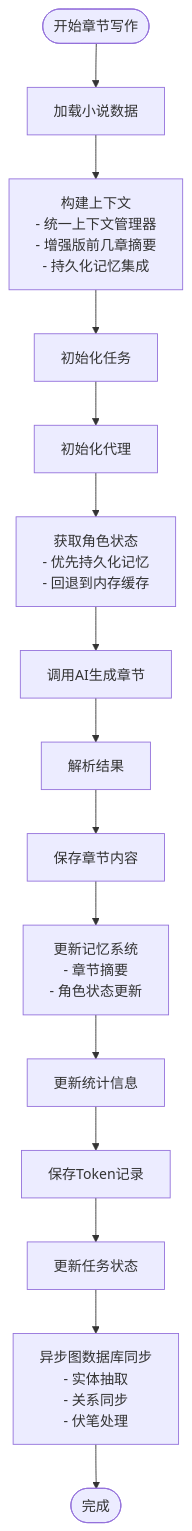
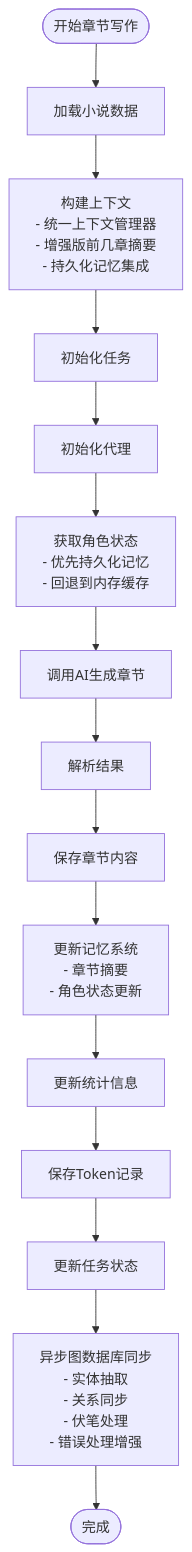
One commit to xfbyxq/ai-novel-system changed the fifth of 19 diagrams in .qoder/repowiki/zh/content/Generation Service.md. Above: the diagram before and after it, drawn with Mermaid. The commit also changed other lines of this file and 4 other files, not shown here.

First line of the commit message:
feat(database): 切换至手动迁移脚本系统并增强数据库Schema设计

````diff
--- a/.qoder/repowiki/zh/content/Generation Service.md
+++ b/.qoder/repowiki/zh/content/Generation Service.md
@@ -377,17 +395,17 @@
 ```mermaid
 flowchart TD
 Start([开始章节写作]) --> LoadData["加载小说数据"]
 LoadData --> BuildContext["构建上下文<br/>- 统一上下文管理器<br/>- 增强版前几章摘要<br/>- 持久化记忆集成"]
 BuildContext --> InitTask["初始化任务"]
 InitTask --> InitAgent["初始化代理"]
 InitAgent --> GetStates["获取角色状态<br/>- 优先持久化记忆<br/>- 回退到内存缓存"]
 GetStates --> CallLLM["调用AI生成章节"]
 CallLLM --> ParseResult["解析结果"]
 ParseResult --> SaveChapter["保存章节内容"]
 SaveChapter --> UpdateMemory["更新记忆系统<br/>- 章节摘要<br/>- 角色状态更新"]
 UpdateMemory --> UpdateStats["更新统计信息"]
 UpdateStats --> SaveTokens["保存Token记录"]
 SaveTokens --> UpdateTask["更新任务状态"]
-UpdateTask --> GraphSync["异步图数据库同步<br/>- 实体抽取<br/>- 关系同步<br/>- 伏笔处理"]
+UpdateTask --> GraphSync["异步图数据库同步<br/>- 实体抽取<br/>- 关系同步<br/>- 伏笔处理<br/>- 错误处理增强"]
 GraphSync --> End([完成])
 ```
````
